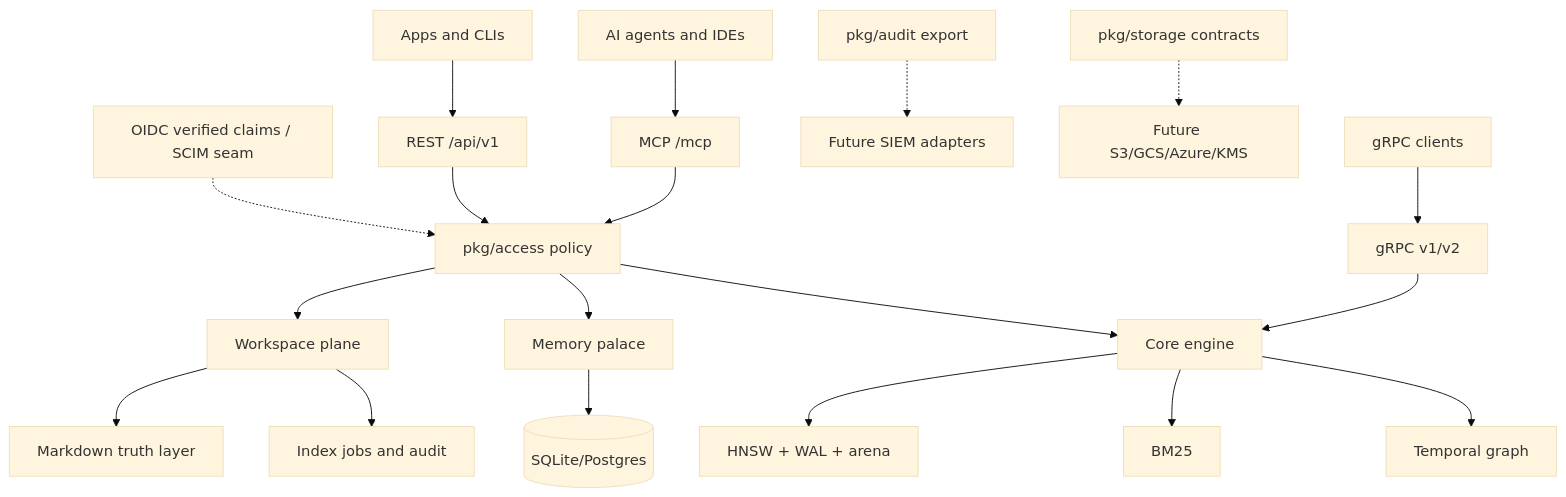
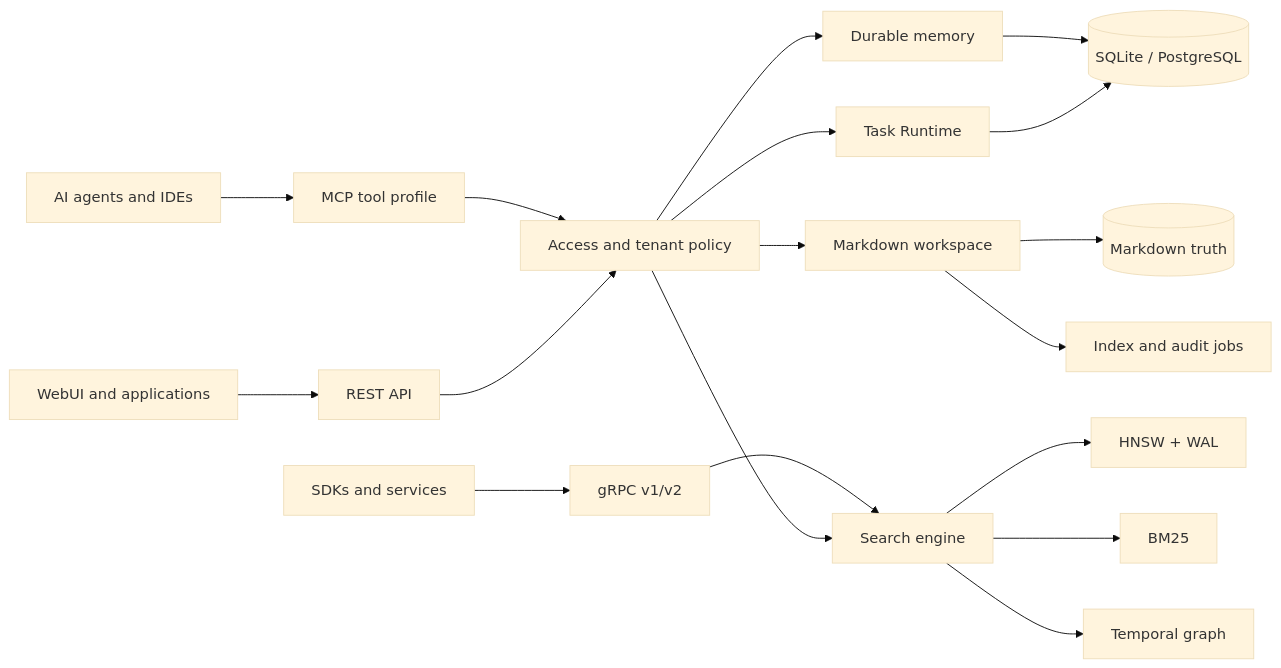
One commit to Stek0v/Levara changed the diagram in README.md. Above: the diagram before and after it, drawn with Mermaid (base theme). The commit also changed other lines of this file and 5 other files, not shown here.

````diff
--- a/README.md
+++ b/README.md
@@ -234,24 +150,24 @@
 ```mermaid
-flowchart TD
-  Agent[AI agents and IDEs] --> MCP[MCP /mcp]
-  Apps[Apps and CLIs] --> REST[REST /api/v1]
-  SDKs[gRPC clients] --> GRPC[gRPC v1/v2]
+flowchart LR
+  Agents[AI agents and IDEs] --> MCP[MCP tool profile]
+  WebUI[WebUI and applications] --> REST[REST API]
+  SDKs[SDKs and services] --> GRPC[gRPC v1/v2]
 
-  MCP --> Access[pkg/access policy]
-  REST --> Access
-  GRPC --> Core[Core engine]
-  Access --> Workspace[Workspace plane]
-  Access --> Memory[Memory palace]
-  Access --> Core
+  MCP --> Policy[Access and tenant policy]
+  REST --> Policy
+  GRPC --> Search[Search engine]
 
-  Workspace --> Markdown[Markdown truth layer]
-  Workspace --> Jobs[Index jobs and audit]
-  Memory --> SQL[(SQLite/Postgres)]
-  Core --> HNSW[HNSW + WAL + arena]
-  Core --> BM25[BM25]
-  Core --> Graph[Temporal graph]
+  Policy --> Memory[Durable memory]
+  Policy --> Workspace[Markdown workspace]
+  Policy --> Tasks[Task Runtime]
+  Policy --> Search
 
-  Audit[pkg/audit export] -.-> SIEM[Future SIEM adapters]
-  Storage[pkg/storage contracts] -.-> ObjectStore[Future S3/GCS/Azure/KMS]
-  Identity[OIDC verified claims / SCIM seam] -.-> Access
+  Memory --> SQL[(SQLite / PostgreSQL)]
+  Workspace --> Markdown[(Markdown truth)]
+  Workspace --> Jobs[Index and audit jobs]
+  Tasks --> SQL
+
+  Search --> HNSW[HNSW + WAL]
+  Search --> BM25[BM25]
+  Search --> Graph[Temporal graph]
 ```
````
